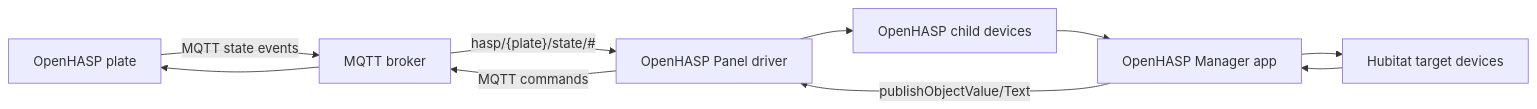
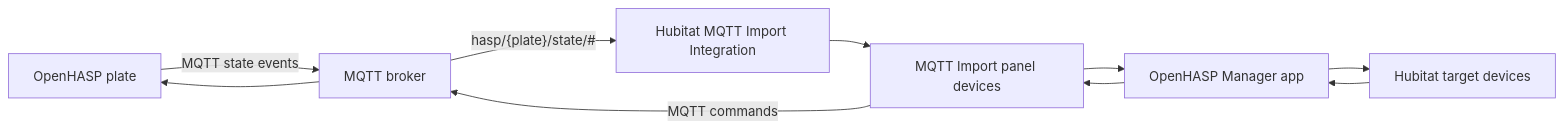
The diagram in docs/developer.md (NichUK/Hubitat-OpenHASP), drawn with Mermaid before and after one commit. The commit also changed other lines of this file and 8 other files, not shown here.

Commit message:
Use MQTT Import for OpenHASP bindings

````diff
--- a/docs/developer.md
+++ b/docs/developer.md
@@ -7,12 +9,12 @@
 ```mermaid
 flowchart LR
     OpenHASP["OpenHASP plate"] -->|"MQTT state events"| Broker["MQTT broker"]
-    Broker -->|"hasp/{plate}/state/#"| Panel["OpenHASP Panel driver"]
-    Panel --> Children["OpenHASP child devices"]
-    Children --> Manager["OpenHASP Manager app"]
+    Broker -->|"hasp/{plate}/state/#"| Import["Hubitat MQTT Import Integration"]
+    Import --> PanelDevices["MQTT Import panel devices"]
+    PanelDevices --> Manager["OpenHASP Manager app"]
     Manager --> Targets["Hubitat target devices"]
     Targets --> Manager
-    Manager -->|"publishObjectValue/Text"| Panel
-    Panel -->|"MQTT commands"| Broker
+    Manager --> PanelDevices
+    PanelDevices -->|"MQTT commands"| Broker
     Broker --> OpenHASP
 ```
````
